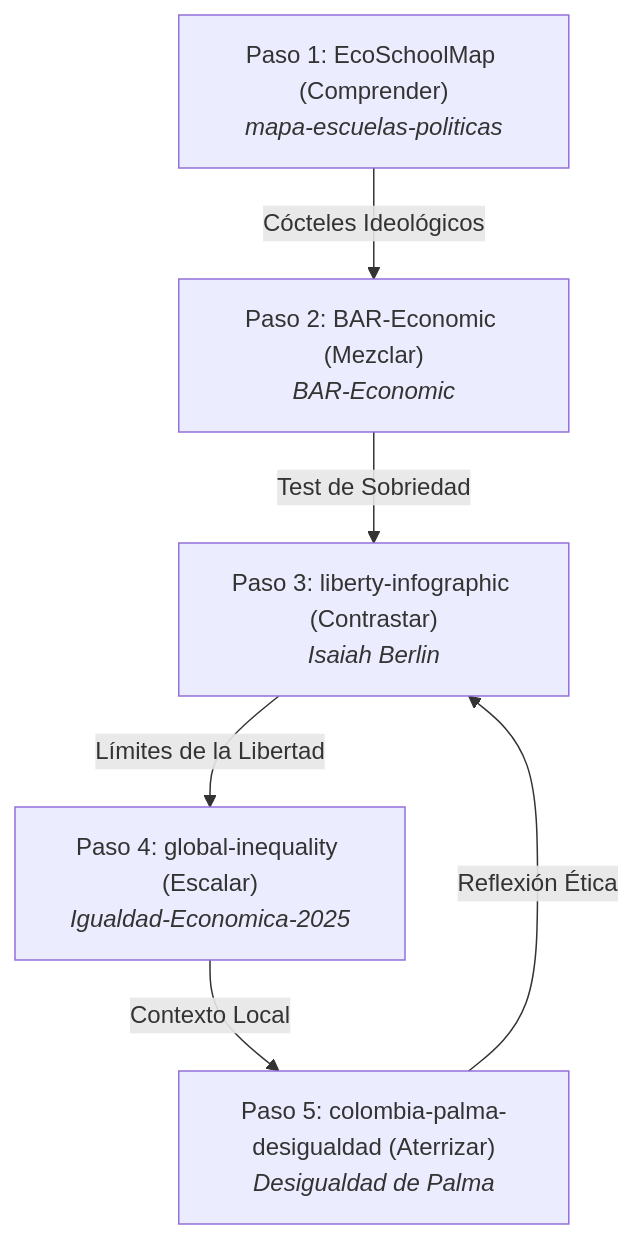
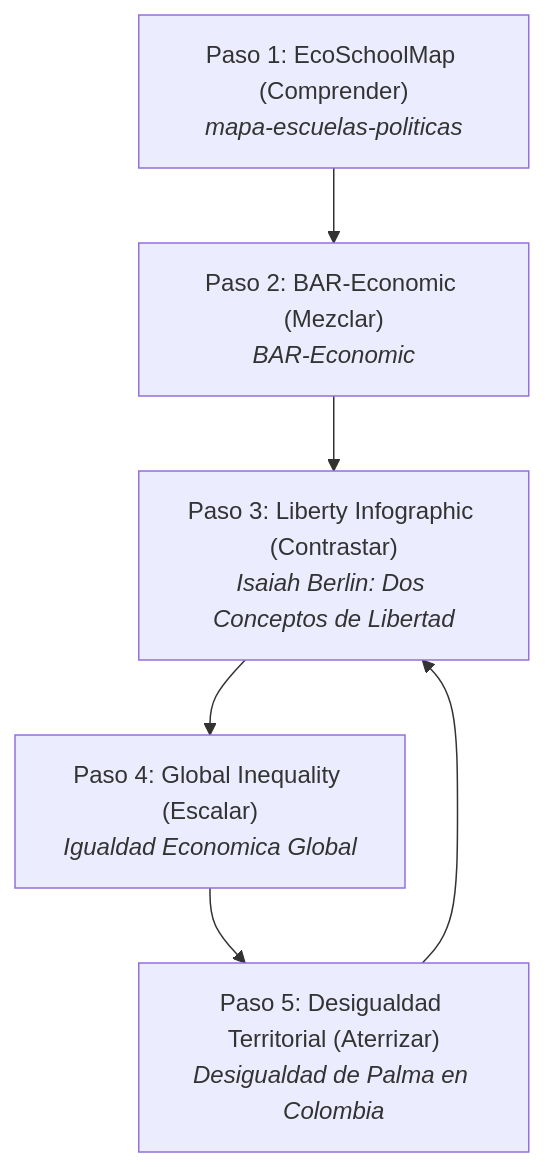
One commit to willkwolf/economic-bar changed the first of 2 diagrams in README.md. Above: the diagram before and after it, drawn with Mermaid. The commit also changed other lines of this file and 4 other files, not shown here.

````diff
--- a/README.md
+++ b/README.md
@@ -23,8 +41,8 @@
 ```mermaid
 graph TD
-    A["Paso 1: EcoSchoolMap (Comprender)<br><i>mapa-escuelas-politicas</i>"] -- "Cócteles Ideológicos" --> B["Paso 2: BAR-Economic (Mezclar)<br><i>BAR-Economic</i>"]
-    B -- "Test de Sobriedad" --> C["Paso 3: liberty-infographic (Contrastar)<br><i>Isaiah Berlin</i>"]
-    C -- "Límites de la Libertad" --> D["Paso 4: global-inequality (Escalar)<br><i>Igualdad-Economica-2025</i>"]
-    D -- "Contexto Local" --> E["Paso 5: colombia-palma-desigualdad (Aterrizar)<br><i>Desigualdad de Palma</i>"]
-    E -- "Reflexión Ética" --> C
+    A["Paso 1: EcoSchoolMap (Comprender)<br><i>mapa-escuelas-politicas</i>"] --> B["Paso 2: BAR-Economic (Mezclar)<br><i>BAR-Economic</i>"]
+    B --> C["Paso 3: Liberty Infographic (Contrastar)<br><i>Isaiah Berlin: Dos Conceptos de Libertad</i>"]
+    C --> D["Paso 4: Global Inequality (Escalar)<br><i>Igualdad Economica Global</i>"]
+    D --> E["Paso 5: Desigualdad Territorial (Aterrizar)<br><i>Desigualdad de Palma en Colombia</i>"]
+    E --> C
 ```
````
